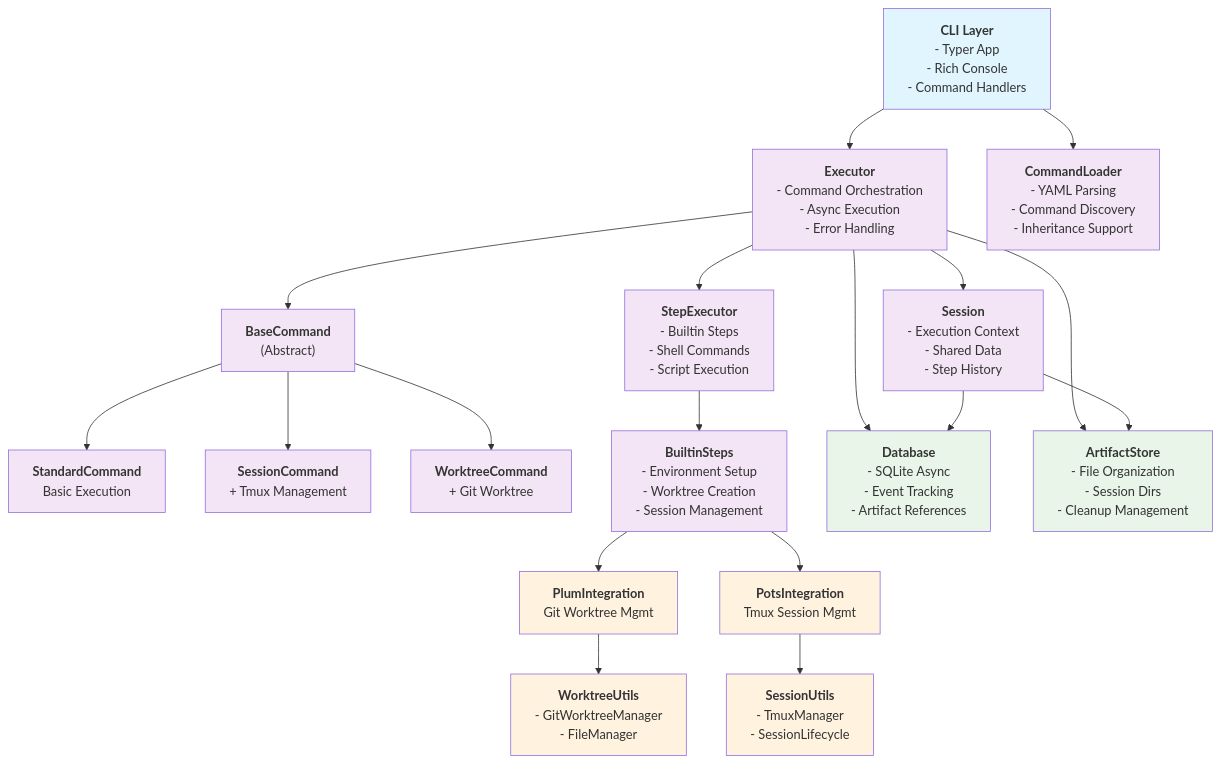
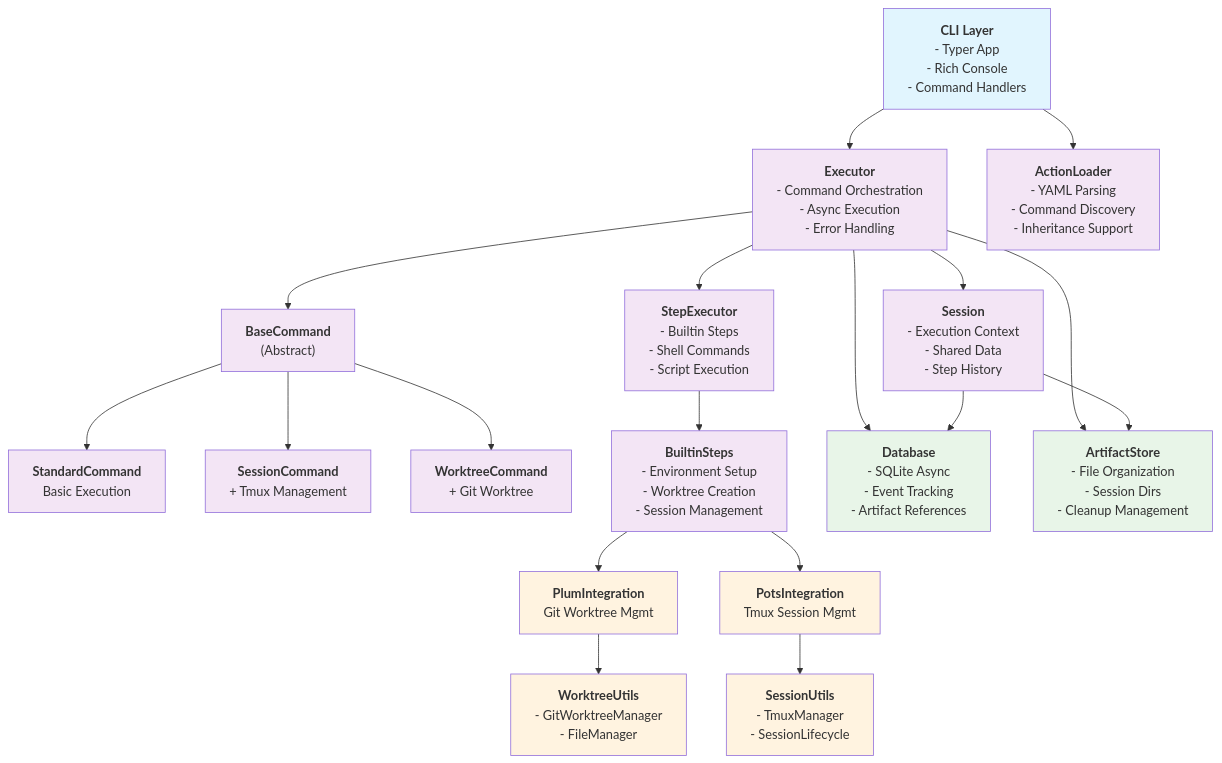
One commit to unbracketed/juiceprune changed the diagram in diagrams/01-system-architecture.md. Above: the diagram before and after it, drawn with Mermaid. The commit also changed 36 other files, not shown here.

Commit message:
WIP renaming command -> action globally

```diff
--- a/diagrams/01-system-architecture.md
+++ b/diagrams/01-system-architecture.md
@@ -16,7 +16,7 @@
     - Async Execution
     - Error Handling`"]
     
-    LOADER["`**CommandLoader**
+    LOADER["`**ActionLoader**
     - YAML Parsing
     - Command Discovery
     - Inheritance Support`"]
```
